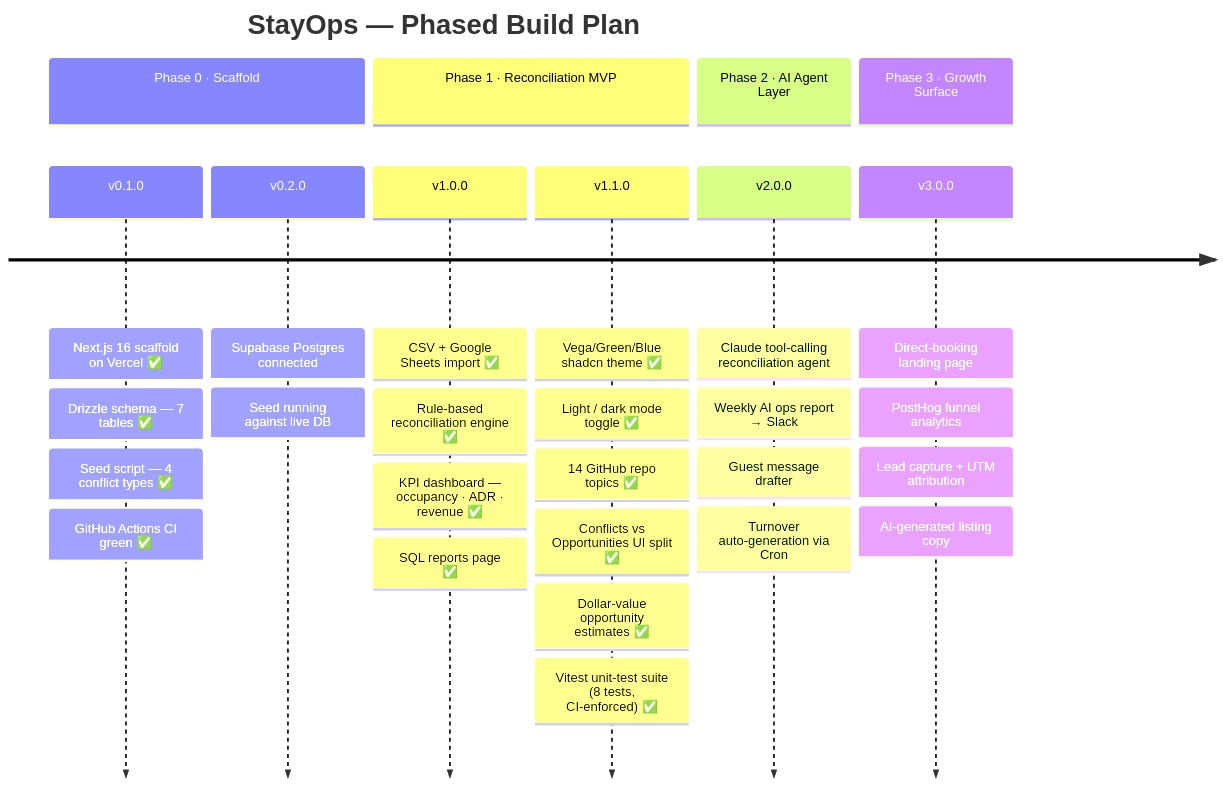
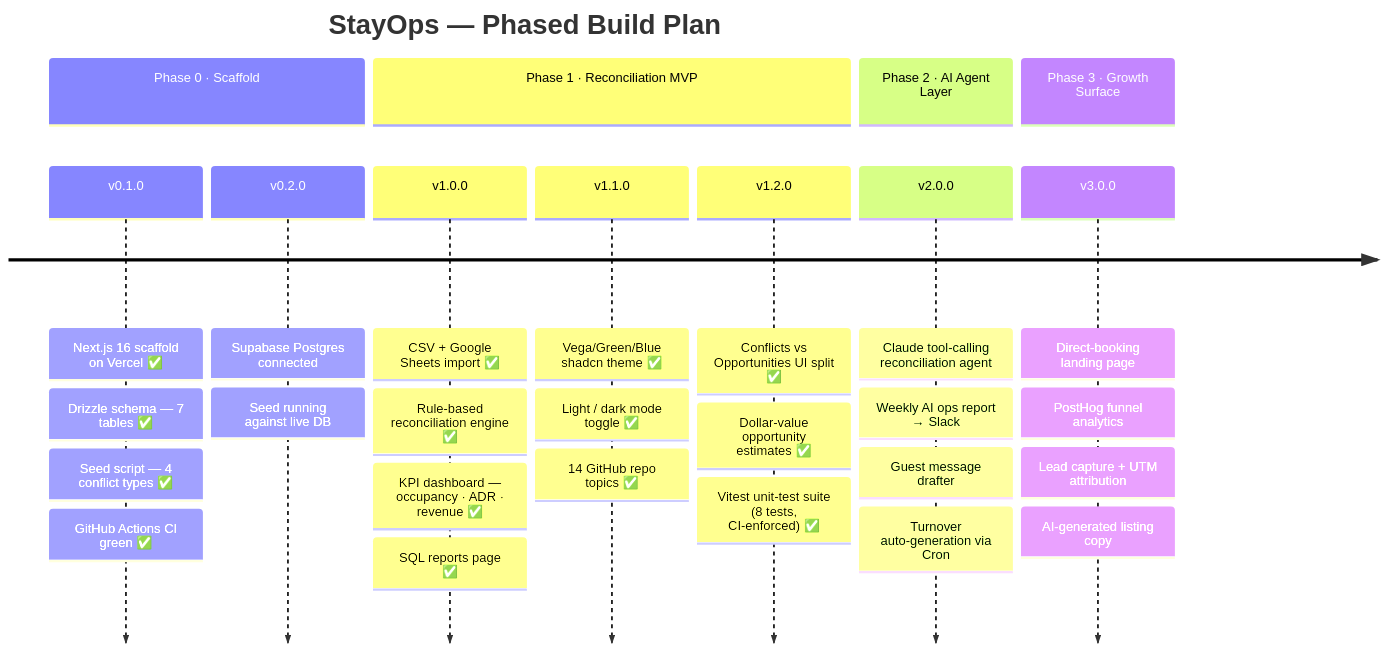
One commit to deepan-mehta-analytics/stayops changed the second of 2 diagrams in README.md. Above: the diagram before and after it, drawn with Mermaid. The commit also changed other lines of this file, not shown here.

````diff
--- a/README.md
+++ b/README.md
@@ -455,32 +471,32 @@
 ```mermaid
 timeline
     title StayOps — Phased Build Plan
     section Phase 0 · Scaffold
         v0.1.0 : Next.js 16 scaffold on Vercel ✅
                : Drizzle schema — 7 tables ✅
                : Seed script — 4 conflict types ✅
                : GitHub Actions CI green ✅
         v0.2.0 : Supabase Postgres connected
                : Seed running against live DB
     section Phase 1 · Reconciliation MVP
         v1.0.0 : CSV + Google Sheets import ✅
                : Rule-based reconciliation engine ✅
                : KPI dashboard — occupancy · ADR · revenue ✅
                : SQL reports page ✅
         v1.1.0 : Vega/Green/Blue shadcn theme ✅
                : Light / dark mode toggle ✅
                : 14 GitHub repo topics ✅
-               : Conflicts vs Opportunities UI split ✅
+        v1.2.0 : Conflicts vs Opportunities UI split ✅
                : Dollar-value opportunity estimates ✅
                : Vitest unit-test suite (8 tests, CI-enforced) ✅
     section Phase 2 · AI Agent Layer
         v2.0.0 : Claude tool-calling reconciliation agent
                : Weekly AI ops report → Slack
                : Guest message drafter
                : Turnover auto-generation via Cron
     section Phase 3 · Growth Surface
         v3.0.0 : Direct-booking landing page
                : PostHog funnel analytics
                : Lead capture + UTM attribution
                : AI-generated listing copy
 ```
````
